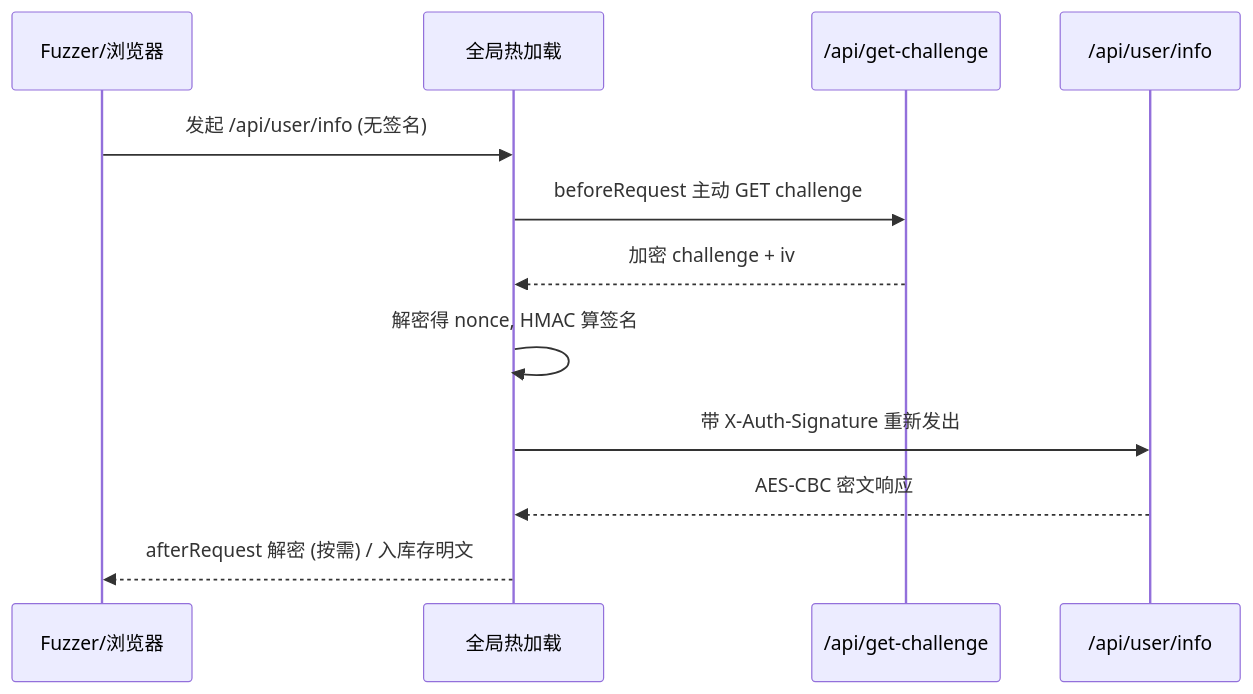
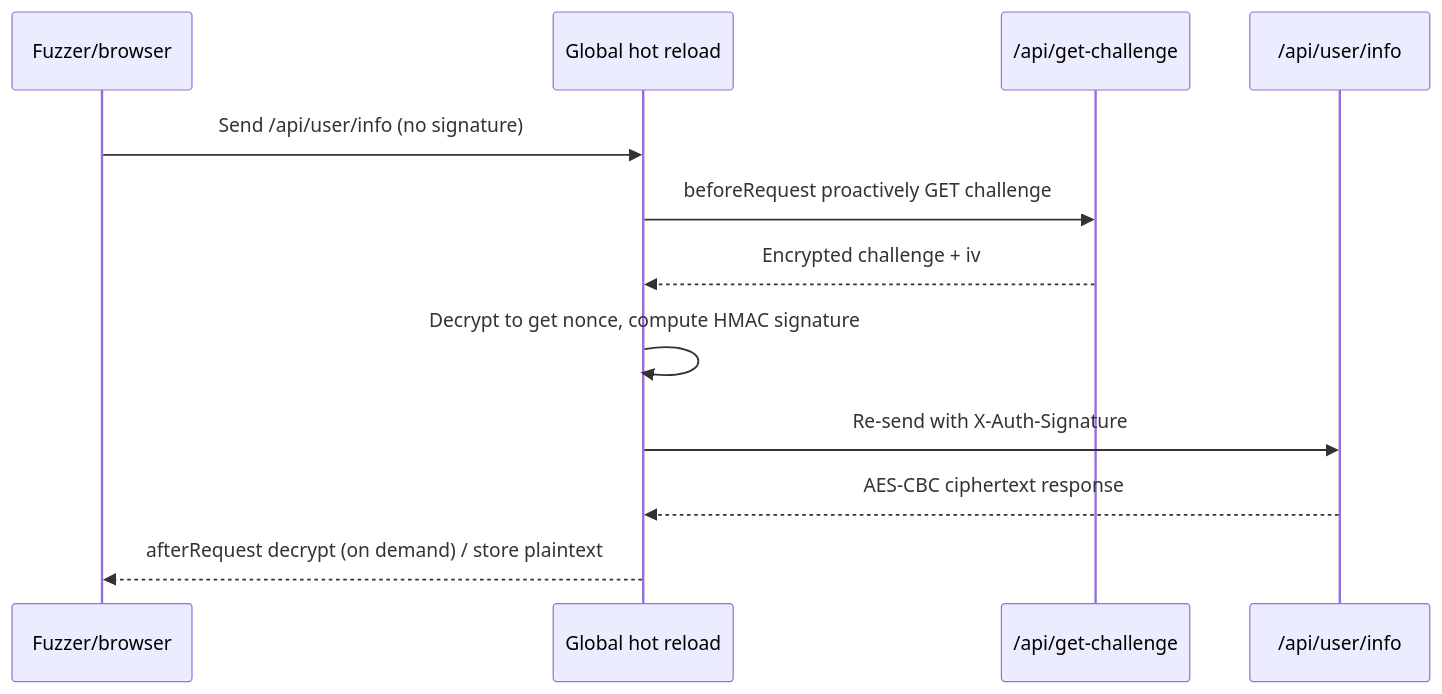
The second of 2 diagrams in yak-skills/global-hotpatch/SKILL.md (DangerousSONG/attack_skills_for_agent), drawn with Mermaid before and after one commit. The commit also changed other lines of this file and 2116 other files, not shown here.

````diff
--- a/yak-skills/global-hotpatch/SKILL.md
+++ b/yak-skills/global-hotpatch/SKILL.md
@@ -76,14 +77,14 @@
 ```mermaid
 sequenceDiagram
-    participant F as Fuzzer/浏览器
-    participant H as 全局热加载
+    participant F as Fuzzer/browser
+    participant H as Global hot reload
     participant C as /api/get-challenge
     participant T as /api/user/info
-    F->>H: 发起 /api/user/info (无签名)
-    H->>C: beforeRequest 主动 GET challenge
-    C-->>H: 加密 challenge + iv
-    H->>H: 解密得 nonce, HMAC 算签名
-    H->>T: 带 X-Auth-Signature 重新发出
-    T-->>H: AES-CBC 密文响应
-    H-->>F: afterRequest 解密 (按需) / 入库存明文
+    F->>H: Send /api/user/info (no signature)
+    H->>C: beforeRequest proactively GET challenge
+    C-->>H: Encrypted challenge + iv
+    H->>H: Decrypt to get nonce, compute HMAC signature
+    H->>T: Re-send with X-Auth-Signature
+    T-->>H: AES-CBC ciphertext response
+    H-->>F: afterRequest decrypt (on demand) / store plaintext
 ```
````
